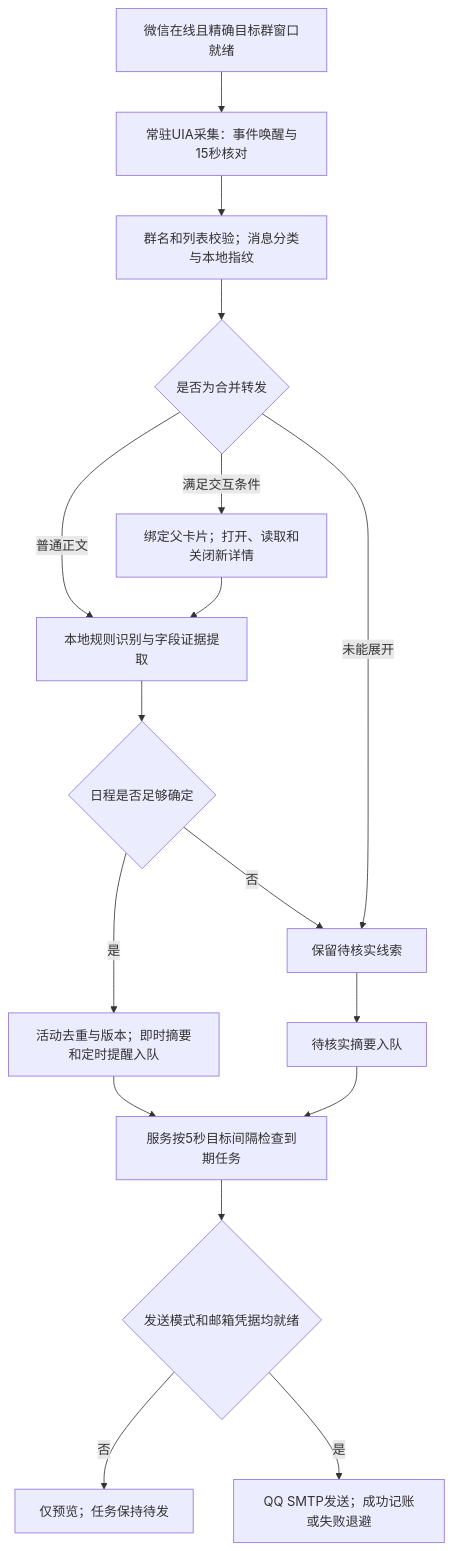
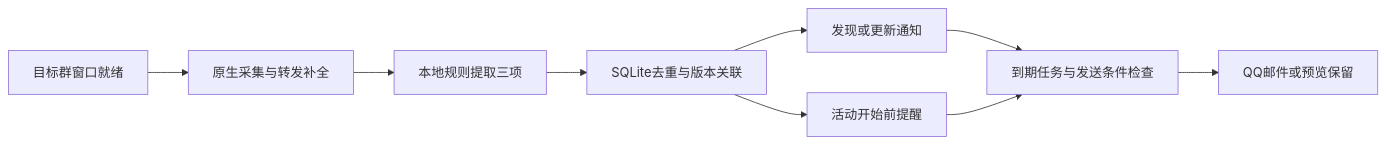
Before and after one commit to Fui2311/wechat-window-monitor: the diagram in docs/监控与语义识别及提醒机制说明.md, drawn with Mermaid. The commit also changed other lines of this file and 32 other files, not shown here.

````diff
--- a/docs/监控与语义识别及提醒机制说明.md
+++ b/docs/监控与语义识别及提醒机制说明.md
@@ -29,19 +31,11 @@
 ```mermaid
-flowchart TD
-    A[微信在线且精确目标群窗口就绪] --> B[常驻UIA采集：事件唤醒与15秒核对]
-    B --> C[群名和列表校验；消息分类与本地指纹]
-    C --> D{是否为合并转发}
-    D -->|普通正文| F[本地规则识别与字段证据提取]
-    D -->|满足交互条件| E[绑定父卡片；打开、读取和关闭新详情]
-    E --> F
-    D -->|未能展开| R[保留待核实线索]
-    F --> G{日程是否足够确定}
-    G -->|是| H[活动去重与版本；即时摘要和定时提醒入队]
-    G -->|否| R
-    R --> I[待核实摘要入队]
-    H --> J[服务按5秒目标间隔检查到期任务]
-    I --> J
-    J --> K{发送模式和邮箱凭据均就绪}
-    K -->|否| L[仅预览；任务保持待发]
-    K -->|是| M[QQ SMTP发送；成功记账或失败退避]
+flowchart LR
+    A[目标群窗口就绪] --> B[原生采集与转发补全]
+    B --> C[本地规则提取三项]
+    C --> D[SQLite去重与版本关联]
+    D --> E[发现或更新通知]
+    D --> F[活动开始前提醒]
+    E --> G[到期任务与发送条件检查]
+    F --> G
+    G --> H[QQ邮件或预览保留]
 ```
````
